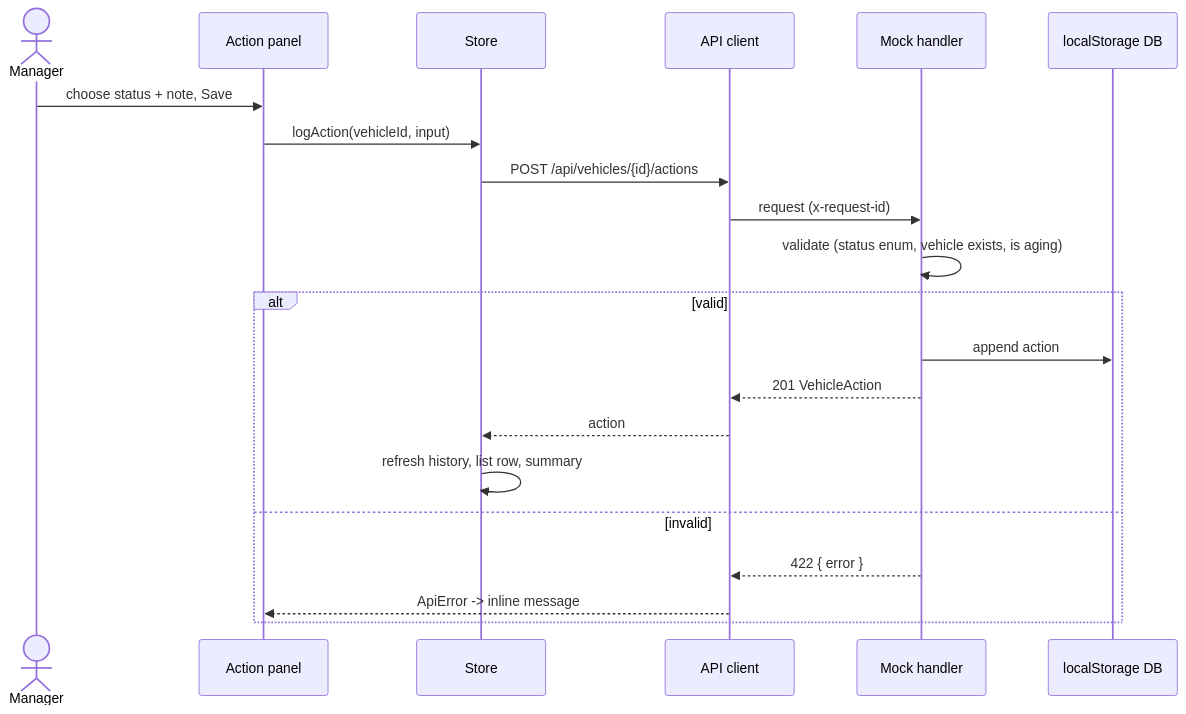
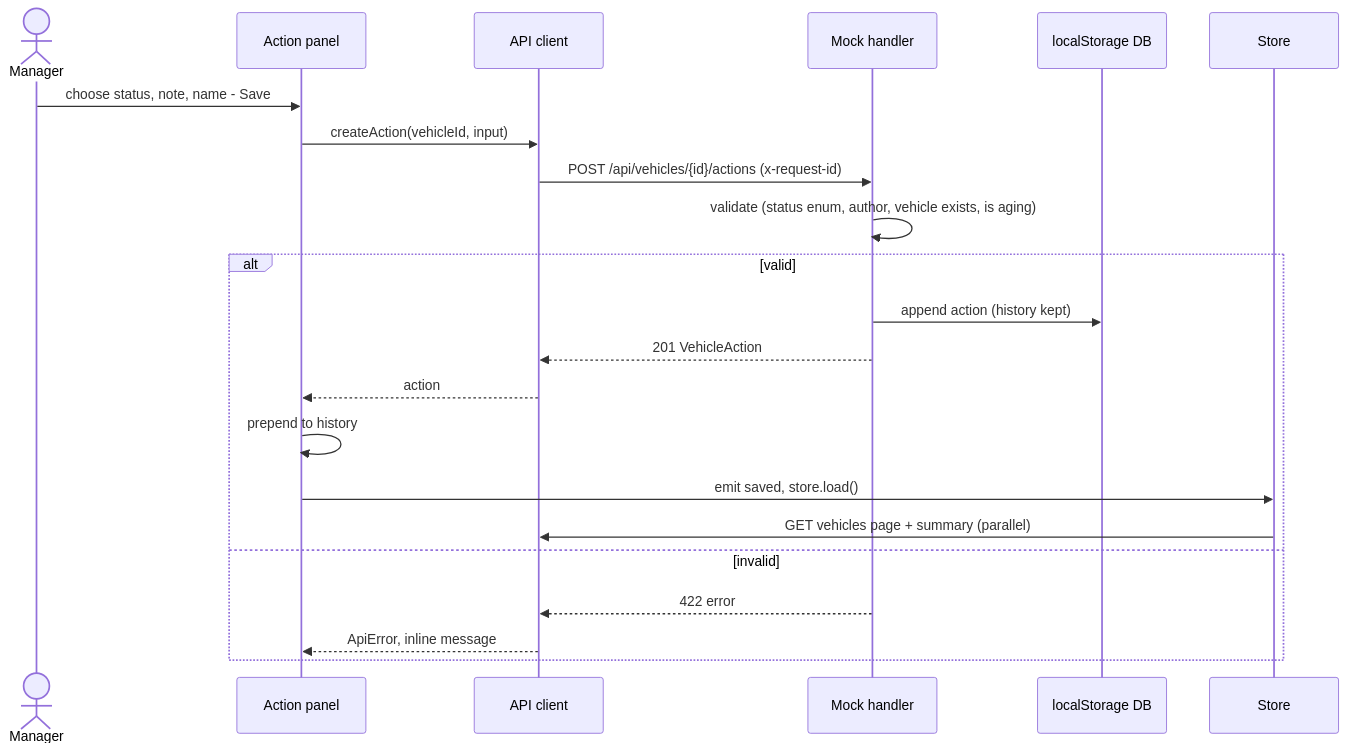
Before and after one commit to Khan-lee/keyloop-inventory-dashboard: the third of 3 diagrams in docs/SYSTEM_DESIGN.md, drawn with Mermaid. The commit also changed other lines of this file and 2 other files, not shown here.

````diff
--- a/docs/SYSTEM_DESIGN.md
+++ b/docs/SYSTEM_DESIGN.md
@@ -84,23 +105,24 @@
 ```mermaid
 sequenceDiagram
   actor M as Manager
   participant P as Action panel
-  participant S as Store
   participant API as API client
   participant H as Mock handler
   participant DB as localStorage DB
-  M->>P: choose status + note, Save
-  P->>S: logAction(vehicleId, input)
-  S->>API: POST /api/vehicles/{id}/actions
-  API->>H: request (x-request-id)
-  H->>H: validate (status enum, vehicle exists, is aging)
+  participant S as Store
+  M->>P: choose status, note, name - Save
+  P->>API: createAction(vehicleId, input)
+  API->>H: POST /api/vehicles/{id}/actions (x-request-id)
+  H->>H: validate (status enum, author, vehicle exists, is aging)
   alt valid
-    H->>DB: append action
+    H->>DB: append action (history kept)
     H-->>API: 201 VehicleAction
-    API-->>S: action
-    S->>S: refresh history, list row, summary
+    API-->>P: action
+    P->>P: prepend to history
+    P->>S: emit saved, store.load()
+    S->>API: GET vehicles page + summary (parallel)
   else invalid
-    H-->>API: 422 { error }
-    API-->>P: ApiError -> inline message
+    H-->>API: 422 error
+    API-->>P: ApiError, inline message
   end
 ```
````
